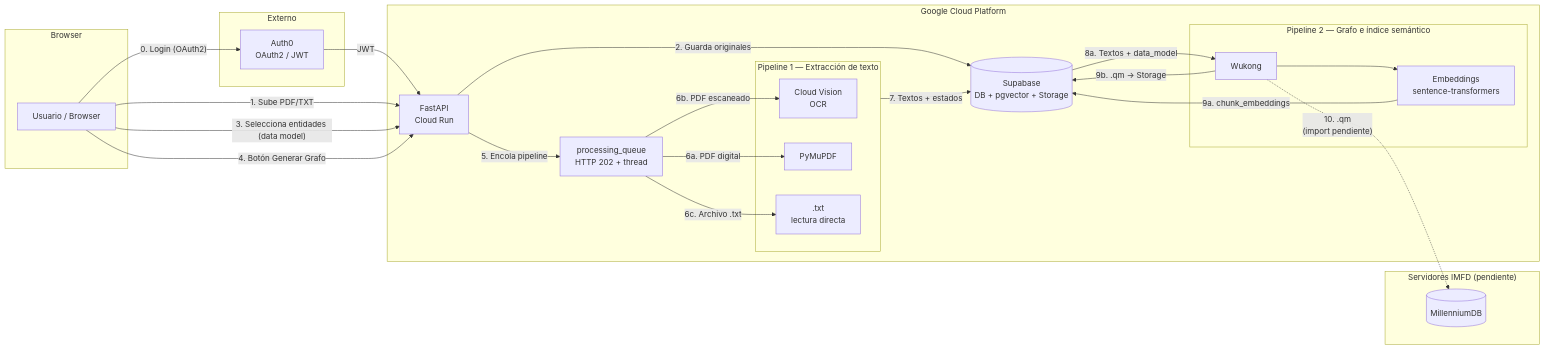
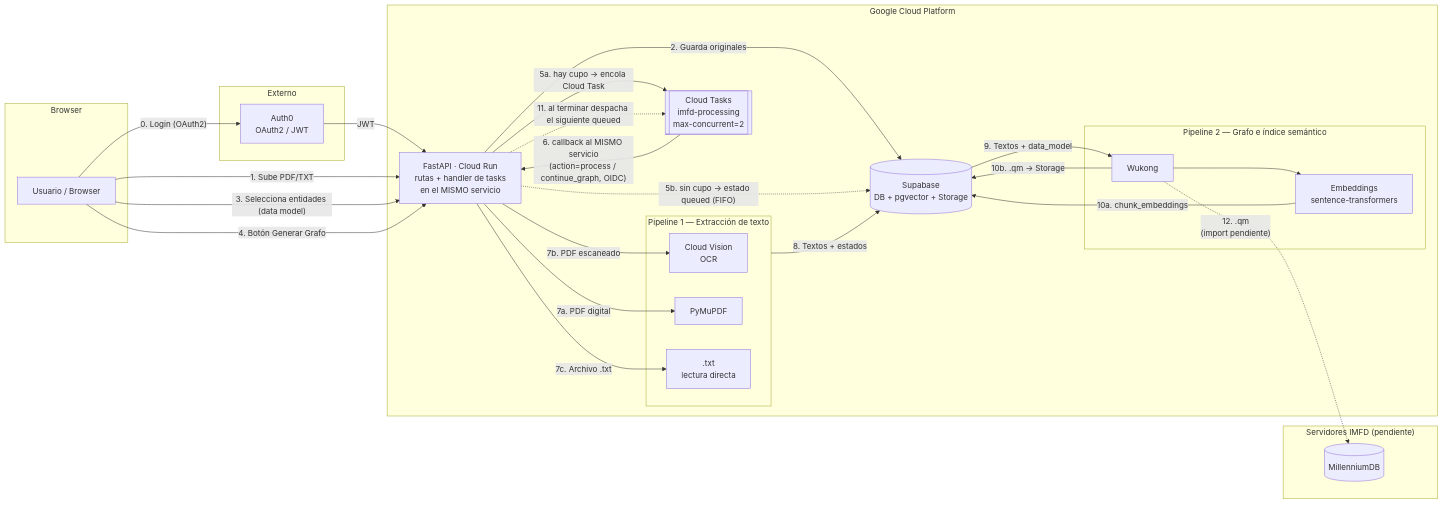
One commit to renaa-m/TallerDeIntegracion_G10 changed the first of 2 diagrams in README.md. Above: the diagram before and after it, drawn with Mermaid. The commit also changed other lines of this file, not shown here.

First line of the commit message:
docs: actualizar README al pipeline real con Cloud Tasks y escalamiento

````diff
--- a/README.md
+++ b/README.md
@@ -220,48 +228,51 @@
 ```mermaid
 graph LR
     subgraph Browser
         U[Usuario / Browser]
     end
 
     subgraph Auth0_ext ["Externo"]
         AUTH0[Auth0\nOAuth2 / JWT]
     end
 
     subgraph GCP ["Google Cloud Platform"]
-        API[FastAPI\nCloud Run]
+        API[FastAPI · Cloud Run\nrutas + handler de tasks\nen el MISMO servicio]
+        QUEUE[[Cloud Tasks\nimfd-processing\nmax-concurrent=2]]
         SUPA[(Supabase\nDB + pgvector + Storage)]
-        BT[processing_queue\nHTTP 202 + thread]
 
         subgraph Pipeline_1 ["Pipeline 1 — Extracción de texto"]
             VISION[Cloud Vision\nOCR]
             PYMUPDF[PyMuPDF]
             TXT_PASS[.txt\nlectura directa]
         end
 
         subgraph Pipeline_2 ["Pipeline 2 — Grafo e índice semántico"]
             WK[Wukong]
             EMB[Embeddings\nsentence-transformers]
         end
     end
 
     subgraph IMFD_servers ["Servidores IMFD (pendiente)"]
         MDB[(MillenniumDB)]
     end
 
     U -->|"0. Login (OAuth2)"| AUTH0
     AUTH0 -->|"JWT"| API
     U -->|"1. Sube PDF/TXT"| API
     API -->|"2. Guarda originales"| SUPA
     U -->|"3. Selecciona entidades (data model)"| API
     U -->|"4. Botón Generar Grafo"| API
-    API -->|"5. Encola pipeline"| BT
-    BT -->|"6a. PDF digital"| PYMUPDF
-    BT -->|"6b. PDF escaneado"| VISION
-    BT -->|"6c. Archivo .txt"| TXT_PASS
-    Pipeline_1 -->|"7. Textos + estados"| SUPA
-    SUPA -->|"8a. Textos + data_model"| WK
+    API -->|"5a. hay cupo → encola Cloud Task"| QUEUE
+    API -.->|"5b. sin cupo → estado queued (FIFO)"| SUPA
+    QUEUE -->|"6. callback al MISMO servicio\n(action=process / continue_graph, OIDC)"| API
+    API -->|"7a. PDF digital"| PYMUPDF
+    API -->|"7b. PDF escaneado"| VISION
+    API -->|"7c. Archivo .txt"| TXT_PASS
+    Pipeline_1 -->|"8. Textos + estados"| SUPA
+    SUPA -->|"9. Textos + data_model"| WK
     WK --> EMB
-    EMB -->|"9a. chunk_embeddings"| SUPA
-    WK -->|"9b. .qm → Storage"| SUPA
-    WK -.->|"10. .qm\n(import pendiente)"| MDB
+    EMB -->|"10a. chunk_embeddings"| SUPA
+    WK -->|"10b. .qm → Storage"| SUPA
+    API -.->|"11. al terminar despacha el siguiente queued"| QUEUE
+    WK -.->|"12. .qm\n(import pendiente)"| MDB
 ```
````
